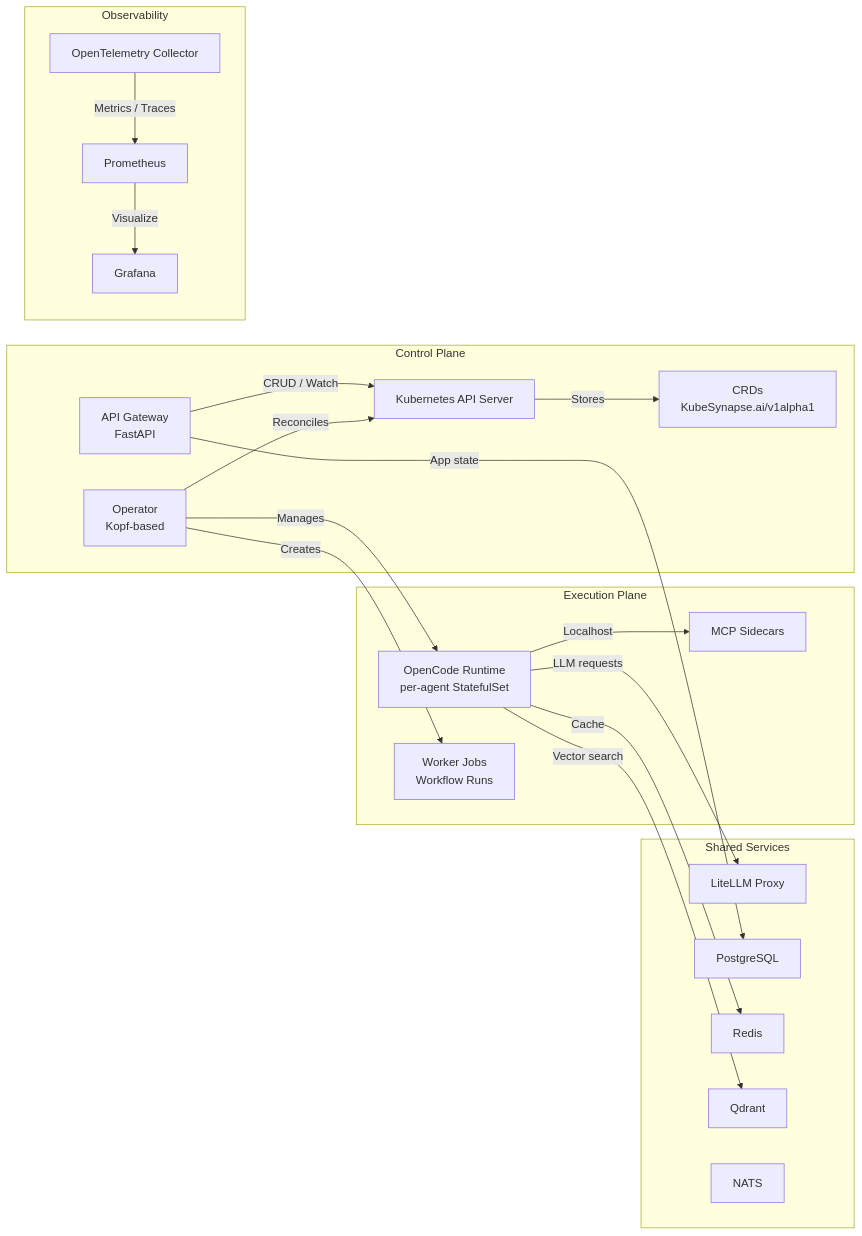
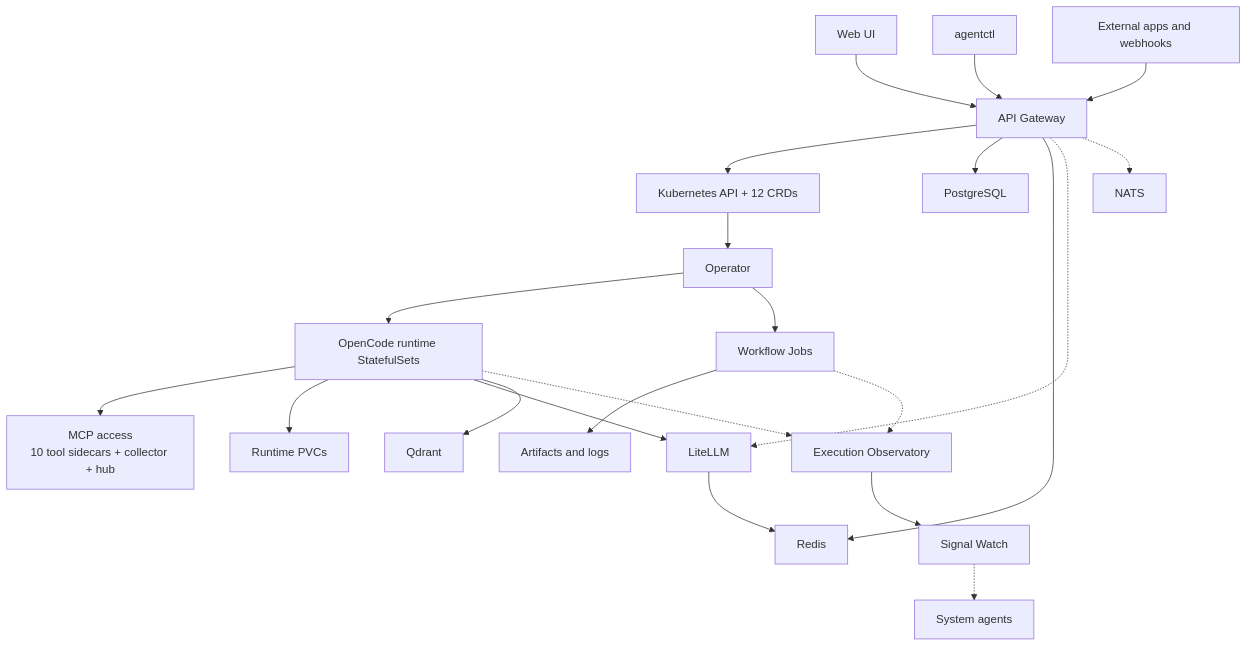
The second of 5 diagrams in docs/architecture.md (ykbytes/kubesynapse.ai), drawn with Mermaid before and after one commit. The commit also changed other lines of this file and 86 other files, not shown here.

````diff
--- a/docs/architecture.md
+++ b/docs/architecture.md
@@ -68,42 +77,53 @@
 ```mermaid
-flowchart LR
-    subgraph Control["Control Plane"]
-        K8S[Kubernetes API Server]
-        CRD[CRDs<br/>KubeSynapse.ai/v1alpha1]
-        OP[Operator<br/>Kopf-based]
-        GW[API Gateway<br/>FastAPI]
-    end
+flowchart TB
+    UI[Web UI]
+    CLI[agentctl]
+    EXT[External apps and webhooks]
 
-    subgraph Execution["Execution Plane"]
-        RT[OpenCode Runtime<br/>per-agent StatefulSet]
-        MCP[MCP Sidecars]
-        Worker[Worker Jobs<br/>Workflow Runs]
-    end
+    GW[API Gateway]
+    K8S[Kubernetes API + 12 CRDs]
+    OP[Operator]
 
-    subgraph Shared["Shared Services"]
-        LiteLLM[LiteLLM Proxy]
-        PG[PostgreSQL]
-        Redis[Redis]
-        Qdrant[Qdrant]
-        NATS[NATS]
-    end
+    OC[OpenCode runtime StatefulSets]
+    JOB[Workflow Jobs]
+    MCP[MCP access\n10 tool sidecars + collector + hub]
+    PVC[Runtime PVCs]
+    ART[Artifacts and logs]
 
-    subgraph Observability["Observability"]
-        Prom[Prometheus]
-        Graf[Grafana]
-        OTEL[OpenTelemetry Collector]
-    end
+    LLM[LiteLLM]
+    PG[PostgreSQL]
+    REDIS[Redis]
+    QDRANT[Qdrant]
+    NATS[NATS]
 
-    GW -->|CRUD / Watch| K8S
-    K8S -->|Stores| CRD
-    OP -->|Reconciles| K8S
-    OP -->|Manages| RT
-    OP -->|Creates| Worker
-    RT -->|LLM requests| LiteLLM
-    RT -->|Vector search| Qdrant
-    RT -->|Cache| Redis
-    RT -->|Localhost| MCP
-    GW -->|App state| PG
-    OTEL -->|Metrics / Traces| Prom
-    Prom -->|Visualize| Graf
+    TRACE[Execution Observatory]
+    SIGNAL[Signal Watch]
+    SYS[System agents]
+
+    UI --> GW
+    CLI --> GW
+    EXT --> GW
+
+    GW --> K8S
+    GW --> PG
+    GW --> REDIS
+    GW -.-> LLM
+    GW -.-> NATS
+
+    K8S --> OP
+    OP --> OC
+    OP --> JOB
+
+    OC --> MCP
+    OC --> PVC
+    OC --> LLM
+    OC --> QDRANT
+
+    JOB --> ART
+    LLM --> REDIS
+
+    OC -.-> TRACE
+    JOB -.-> TRACE
+    TRACE --> SIGNAL
+    SIGNAL -.-> SYS
 ```
````
